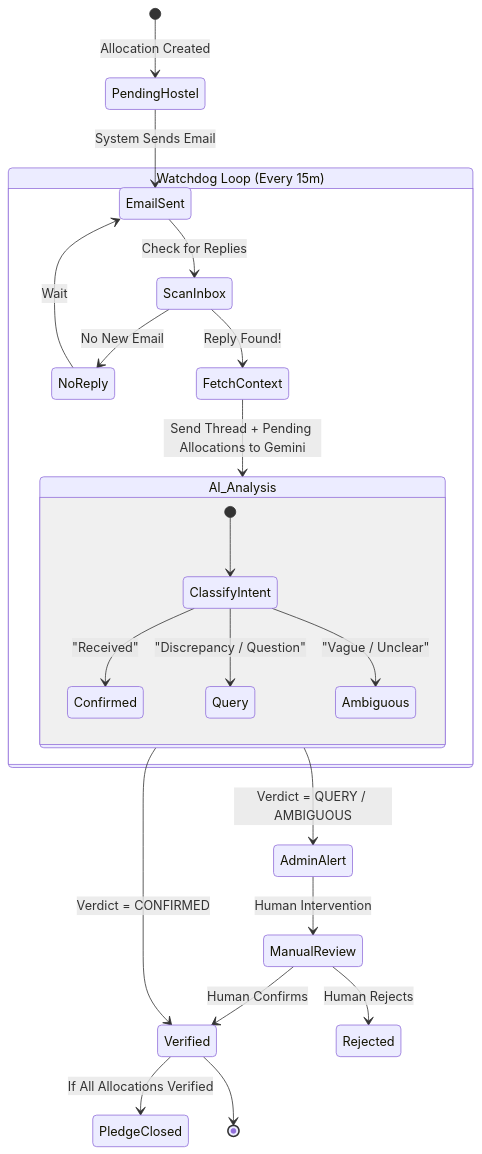
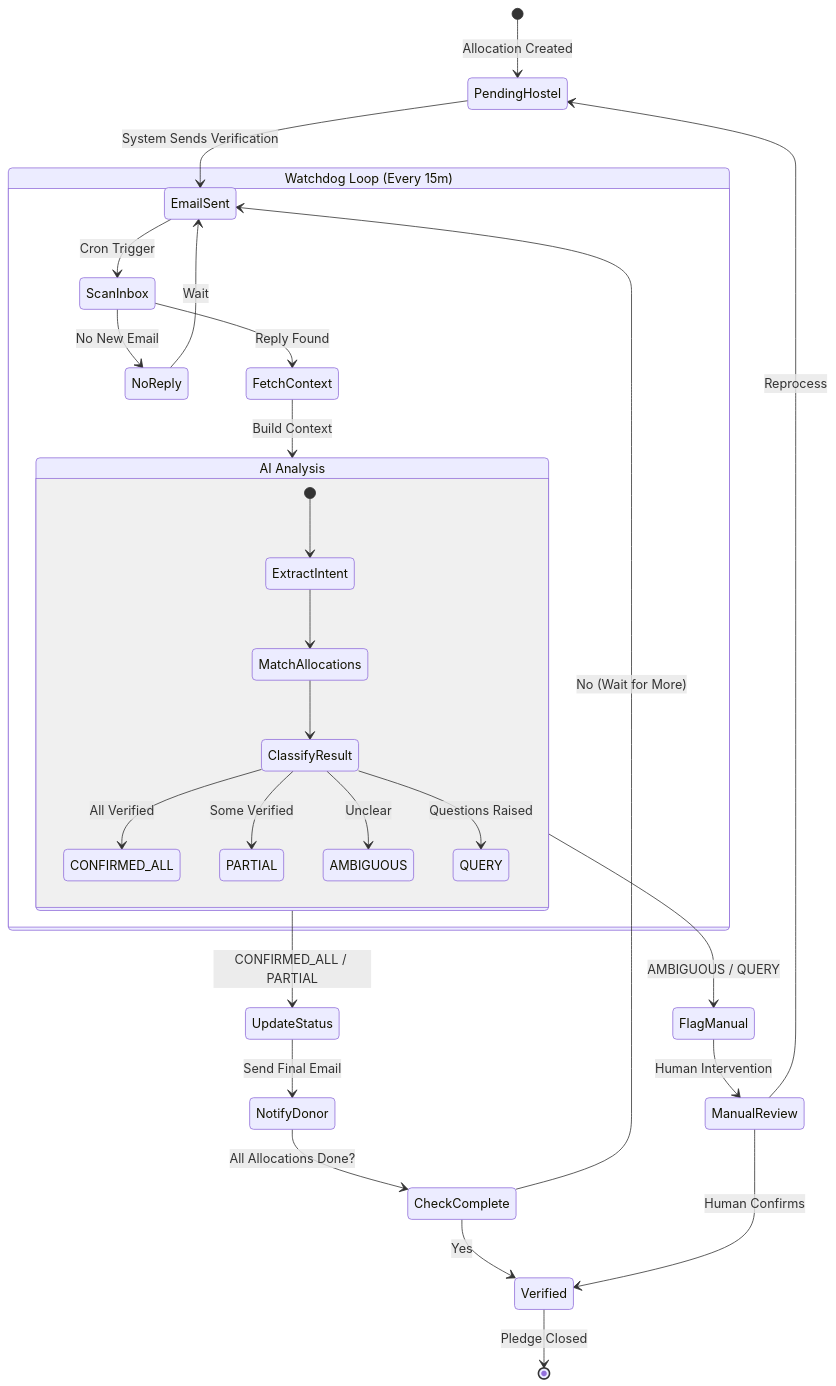
The second of 2 diagrams in docs/AI_WATCHDOG.md (ahuraira/nust-lifeline-automation), drawn with Mermaid before and after one commit. The commit also changed other lines of this file and 26 other files, not shown here.

````diff
--- a/docs/AI_WATCHDOG.md
+++ b/docs/AI_WATCHDOG.md
@@ -11,31 +135,40 @@
 ```mermaid
 stateDiagram-v2
     [*] --> PendingHostel: Allocation Created
-    PendingHostel --> EmailSent: System Sends Email
+    PendingHostel --> EmailSent: System Sends Verification
     
     state "Watchdog Loop (Every 15m)" as Watchdog {
-        EmailSent --> ScanInbox: Check for Replies
+        EmailSent --> ScanInbox: Cron Trigger
         ScanInbox --> NoReply: No New Email
         NoReply --> EmailSent: Wait
         
-        ScanInbox --> FetchContext: Reply Found!
-        FetchContext --> AI_Analysis: Send Thread + Pending Allocations to Gemini
+        ScanInbox --> FetchContext: Reply Found
+        FetchContext --> AI_Analysis: Build Context
         
-        state AI_Analysis {
-            [*] --> ClassifyIntent
-            ClassifyIntent --> Confirmed: "Received"
-            ClassifyIntent --> Query: "Discrepancy / Question"
-            ClassifyIntent --> Ambiguous: "Vague / Unclear"
+        state "AI Analysis" as AI_Analysis {
+            [*] --> ExtractIntent
+            ExtractIntent --> MatchAllocations
+            MatchAllocations --> ClassifyResult
+            
+            ClassifyResult --> CONFIRMED_ALL: All Verified
+            ClassifyResult --> PARTIAL: Some Verified
+            ClassifyResult --> AMBIGUOUS: Unclear
+            ClassifyResult --> QUERY: Questions Raised
         }
     }
 
-    AI_Analysis --> Verified: Verdict = CONFIRMED
-    AI_Analysis --> AdminAlert: Verdict = QUERY / AMBIGUOUS
+    AI_Analysis --> UpdateStatus: CONFIRMED_ALL / PARTIAL
+    AI_Analysis --> FlagManual: AMBIGUOUS / QUERY
     
-    Verified --> PledgeClosed: If All Allocations Verified
-    Verified --> [*]
+    UpdateStatus --> NotifyDonor: Send Final Email
+    NotifyDonor --> CheckComplete: All Allocations Done?
     
-    AdminAlert --> ManualReview: Human Intervention
+    CheckComplete --> Verified: Yes
+    CheckComplete --> EmailSent: No (Wait for More)
+    
+    Verified --> [*]: Pledge Closed
+    
+    FlagManual --> ManualReview: Human Intervention
+    ManualReview --> PendingHostel: Reprocess
     ManualReview --> Verified: Human Confirms
-    ManualReview --> Rejected: Human Rejects
 ```
````
